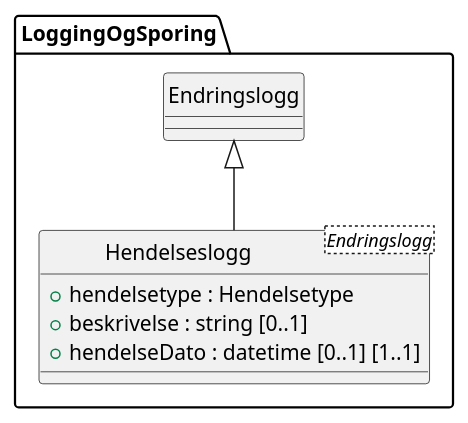
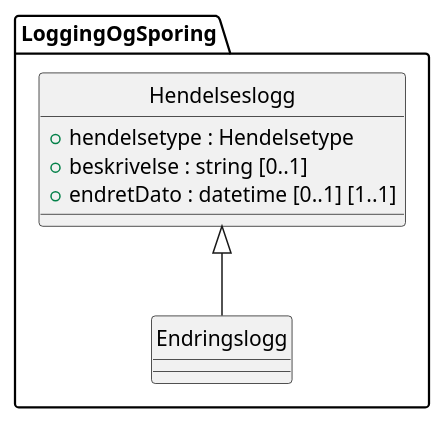
Before and after one commit to arkivverket/noark5-tjenestegrensesnitt-standard: the diagram in kapitler/media/uml-class-hendelseslogg.puml, drawn with PlantUML. The commit also changed 7 other files, not shown here.

First line of the commit message:
Korriger modul LoggingOgSporing (bytt arv endringslogg/hendelseslogg)

```diff
--- a/kapitler/media/uml-class-hendelseslogg.puml
+++ b/kapitler/media/uml-class-hendelseslogg.puml
@@ -1,12 +1,12 @@
 @startuml
 skinparam nodesep 100
 hide circle
-class LoggingOgSporing.Hendelseslogg <Endringslogg> {
+class LoggingOgSporing.Hendelseslogg {
   +hendelsetype : Hendelsetype
   +beskrivelse : string [0..1]
-  +hendelseDato : datetime [0..1] [1..1]
+  +endretDato : datetime [0..1] [1..1]
 }
 class LoggingOgSporing.Endringslogg {
 }
-LoggingOgSporing.Endringslogg <|-- LoggingOgSporing.Hendelseslogg
+LoggingOgSporing.Hendelseslogg <|-- LoggingOgSporing.Endringslogg
 @enduml
```
